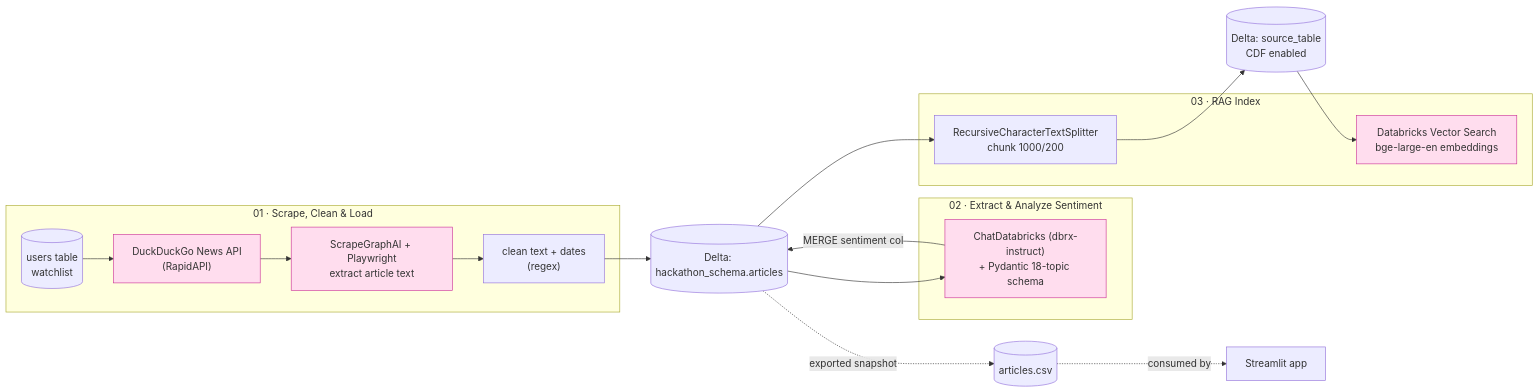
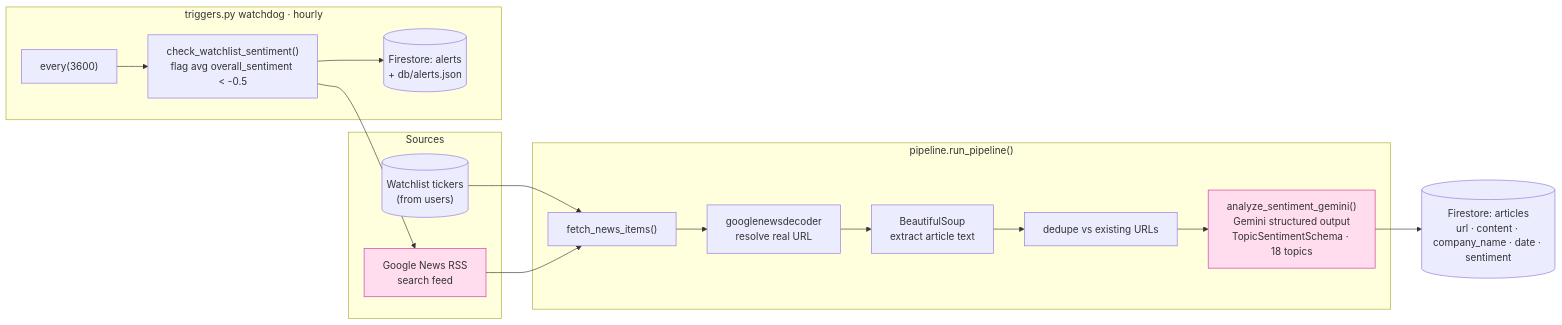
One commit to mathamatigician/MarketWave changed the diagram in docs/diagrams/02_databricks_pipeline.mmd. Above: the diagram before and after it, drawn with Mermaid. The commit also changed 16 other files, not shown here.

First line of the commit message:
docs: remove Streamlit references and rewrite architecture for React+FastAPI stack (#8)

```diff
--- a/docs/diagrams/02_databricks_pipeline.mmd
+++ b/docs/diagrams/02_databricks_pipeline.mmd
@@ -1,28 +1,30 @@
 flowchart LR
-    subgraph NB1["01 · Scrape, Clean & Load"]
-        u[("users table<br/>watchlist")] --> ddg["DuckDuckGo News API<br/>(RapidAPI)"]
-        ddg --> sg["ScrapeGraphAI + Playwright<br/>extract article text"]
-        sg --> clean["clean text + dates<br/>(regex)"]
+    subgraph SRC["Sources"]
+        wl[("Watchlist tickers<br/>(from users)")]
+        rss["Google News RSS<br/>search feed"]
     end
 
-    subgraph NB2["02 · Extract & Analyze Sentiment"]
-        llm1["ChatDatabricks (dbrx-instruct)<br/>+ Pydantic 18-topic schema"]
+    subgraph ING["pipeline.run_pipeline()"]
+        fetch["fetch_news_items()"]
+        decode["googlenewsdecoder<br/>resolve real URL"]
+        scrape["BeautifulSoup<br/>extract article text"]
+        dedupe["dedupe vs existing URLs"]
+        score["analyze_sentiment_gemini()<br/>Gemini structured output<br/>TopicSentimentSchema · 18 topics"]
     end
 
-    subgraph NB3["03 · RAG Index"]
-        split["RecursiveCharacterTextSplitter<br/>chunk 1000/200"]
-        vidx["Databricks Vector Search<br/>bge-large-en embeddings"]
+    art[("Firestore: articles<br/>url · content · company_name · date · sentiment")]
+
+    wl --> fetch
+    rss --> fetch
+    fetch --> decode --> scrape --> dedupe --> score --> art
+
+    subgraph WD["triggers.py watchdog · hourly"]
+        every["every(3600)"]
+        check["check_watchlist_sentiment()<br/>flag avg overall_sentiment < -0.5"]
+        alert[("Firestore: alerts<br/>+ db/alerts.json")]
     end
-
-    art[("Delta: hackathon_schema.articles")]
-    srct[("Delta: source_table<br/>CDF enabled")]
-
-    clean --> art
-    art --> llm1 --> |MERGE sentiment col| art
-    art --> split --> srct --> vidx
-
-    art -.exported snapshot.-> csv[("articles.csv")]
-    csv -.consumed by.-> app["Streamlit app"]
+    every --> check --> rss
+    check --> alert
 
     classDef ext fill:#fde,stroke:#c39;
-    class ddg,sg,llm1,vidx ext;
+    class rss,score ext;
```
